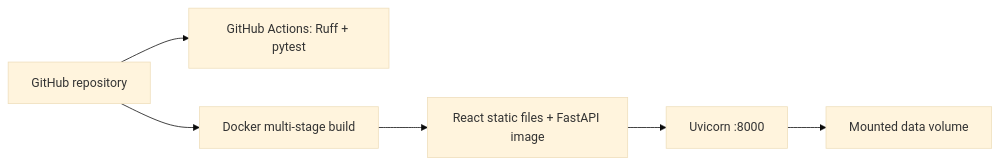
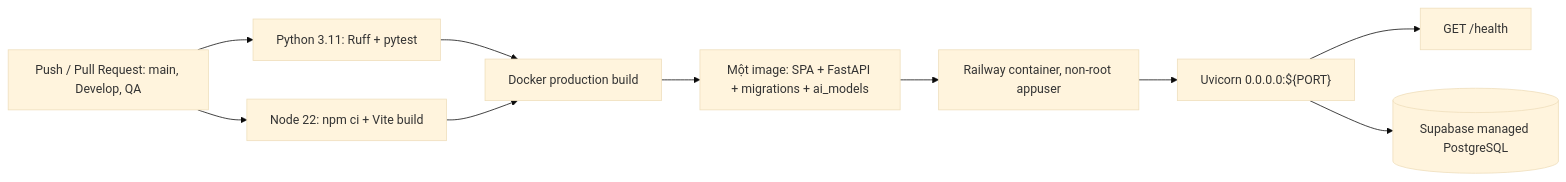
Before and after one commit to thanq204/ChatBot-THO: the seventh of 7 diagrams in docs/architecture_diagram.md, drawn with Mermaid (base theme). The commit also changed other lines of this file and 14 other files, not shown here.

Commit message:
chore: sync THO runtime and architecture

````diff
--- a/docs/architecture_diagram.md
+++ b/docs/architecture_diagram.md
@@ -136,8 +198,12 @@
 ```mermaid
 flowchart LR
-    GitHub["GitHub repository"] --> CI["GitHub Actions: Ruff + pytest"]
-    GitHub --> Build["Docker multi-stage build"]
-    Build --> Image["React static files + FastAPI image"]
-    Image --> Runtime["Uvicorn :8000"]
-    Runtime --> Volume["Mounted data volume"]
+    Push["Push / Pull Request: main, Develop, QA"] --> Backend["Python 3.11: Ruff + pytest"]
+    Push --> Frontend["Node 22: npm ci + Vite build"]
+    Backend --> Docker["Docker production build"]
+    Frontend --> Docker
+    Docker --> Image["Một image: SPA + FastAPI + migrations + ai_models"]
+    Image --> Railway["Railway container, non-root appuser"]
+    Railway --> Uvicorn["Uvicorn 0.0.0.0:${PORT}"]
+    Uvicorn --> Health["GET /health"]
+    Uvicorn --> Supabase[("Supabase managed PostgreSQL")]
 ```
````
